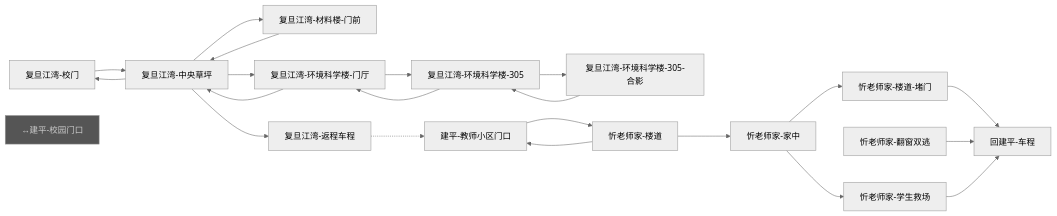
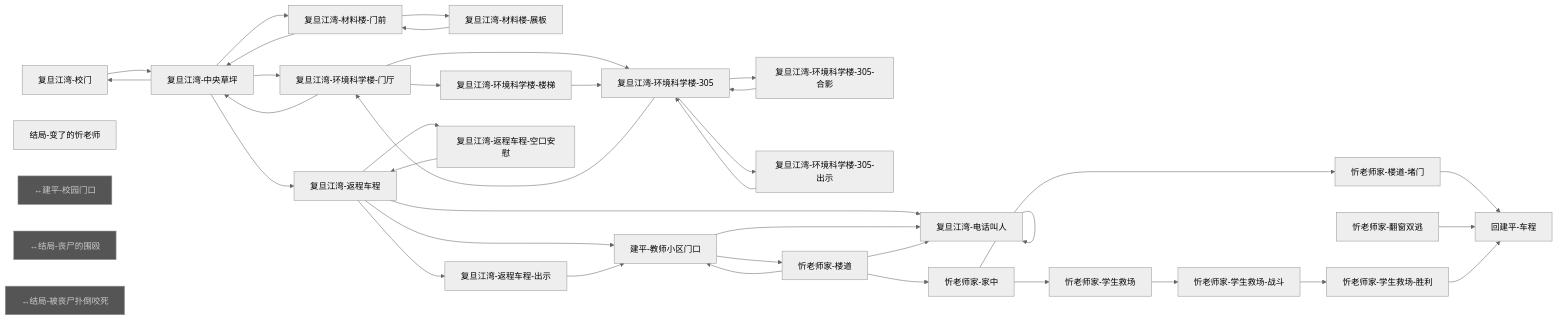
Before and after one commit to bobomymz/Plot-Game: the diagram in tools/graph-report/复旦江湾.md, drawn with Mermaid (neutral theme). The commit also changed other lines of this file and 10 other files, not shown here.

````diff
--- a/tools/graph-report/复旦江湾.md
+++ b/tools/graph-report/复旦江湾.md
@@ -47,39 +49,66 @@
 ```mermaid
 flowchart LR
   n0["复旦江湾-校门"]
   n1["复旦江湾-中央草坪"]
   n2["复旦江湾-材料楼-门前"]
-  n3["复旦江湾-环境科学楼-门厅"]
-  n4["复旦江湾-环境科学楼-305"]
-  n5["复旦江湾-环境科学楼-305-合影"]
-  n6["复旦江湾-返程车程"]
-  n7["建平-教师小区门口"]
-  n8["忻老师家-楼道"]
-  n9["忻老师家-家中"]
-  n10["忻老师家-楼道-堵门"]
-  n11["忻老师家-翻窗双逃"]
-  n12["忻老师家-学生救场"]
-  n13["回建平-车程"]
-  n14["↔建平-校园门口"]:::ext
+  n3["复旦江湾-材料楼-展板"]
+  n4["复旦江湾-环境科学楼-门厅"]
+  n5["复旦江湾-环境科学楼-楼梯"]
+  n6["复旦江湾-环境科学楼-305"]
+  n7["复旦江湾-环境科学楼-305-合影"]
+  n8["复旦江湾-环境科学楼-305-出示"]
+  n9["复旦江湾-返程车程"]
+  n10["复旦江湾-返程车程-出示"]
+  n11["复旦江湾-返程车程-空口安慰"]
+  n12["复旦江湾-电话叫人"]
+  n13["建平-教师小区门口"]
+  n14["忻老师家-楼道"]
+  n15["忻老师家-家中"]
+  n16["忻老师家-楼道-堵门"]
+  n17["忻老师家-翻窗双逃"]
+  n18["忻老师家-学生救场"]
+  n19["忻老师家-学生救场-战斗"]
+  n20["忻老师家-学生救场-胜利"]
+  n21["回建平-车程"]
+  n22["结局-变了的忻老师"]
+  n23["↔建平-校园门口"]:::ext
+  n24["↔结局-丧尸的围殴"]:::ext
+  n25["↔结局-被丧尸扑倒咬死"]:::ext
   n0 --> n1
   n1 --> n2
-  n1 --> n3
+  n1 --> n4
   n1 --> n0
-  n1 --> n6
+  n1 --> n9
+  n2 --> n3
   n2 --> n1
-  n3 --> n4
-  n3 --> n1
+  n3 --> n2
   n4 --> n5
-  n4 --> n3
-  n5 --> n4
-  n6 -.-> n7
-  n7 --> n8
-  n8 --> n9
-  n8 --> n7
+  n4 --> n1
+  n4 --> n6
+  n5 --> n6
+  n6 --> n7
+  n6 --> n8
+  n6 --> n4
+  n7 --> n6
+  n8 --> n6
+  n9 --> n12
   n9 --> n10
-  n9 --> n12
+  n9 --> n11
+  n9 --> n13
   n10 --> n13
-  n11 --> n13
-  n12 --> n13
+  n11 --> n9
+  n12 --> n12
+  n13 --> n14
+  n13 --> n12
+  n14 --> n15
+  n14 --> n13
+  n14 --> n12
+  n15 --> n16
+  n15 --> n18
+  n16 --> n21
+  n17 --> n21
+  n18 --> n19
+  n19 --> n20
+  n20 --> n21
   classDef ext fill:#555,color:#ccc;
 ```
````
